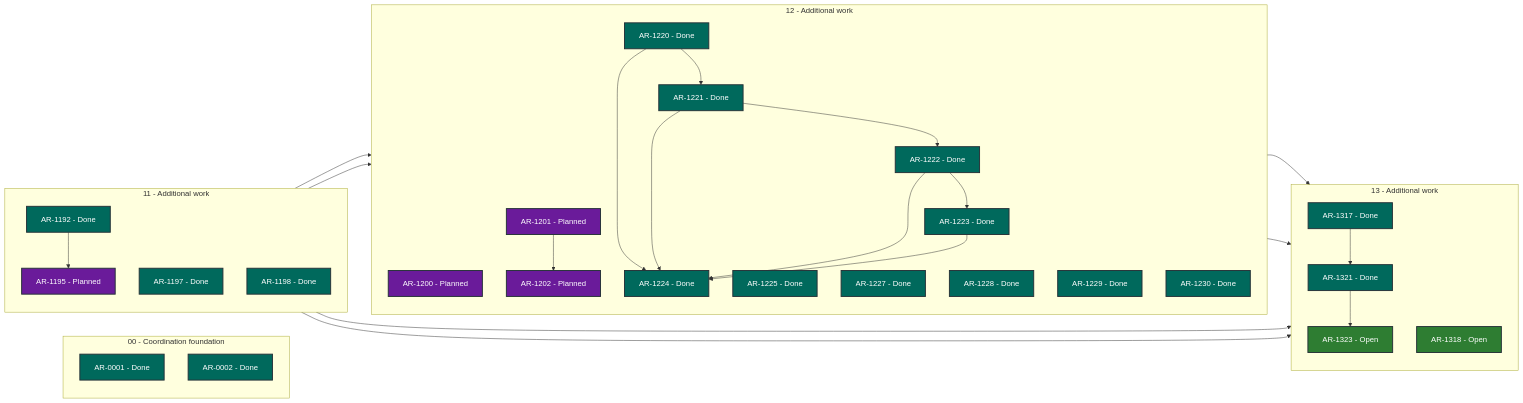
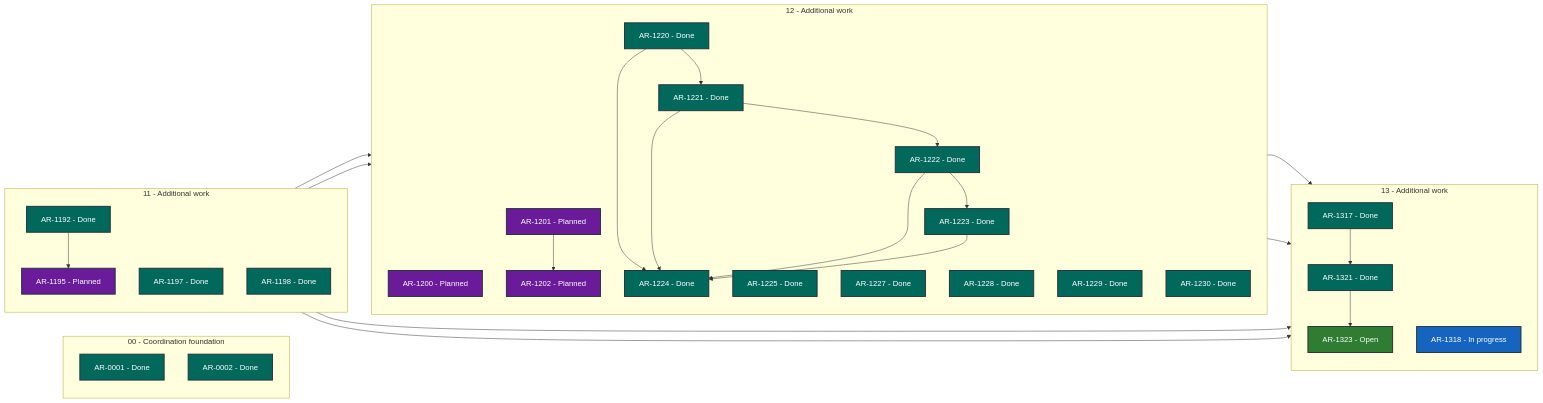
The diagram in STATUS.md (martin-beck/asb-tui-state), drawn with Mermaid before and after one commit. The commit also changed other lines of this file and 2 other files, not shown here.

````diff
--- a/STATUS.md
+++ b/STATUS.md
@@ -27,63 +27,63 @@
 ```mermaid
 flowchart LR
     subgraph series_00["00 - Coordination foundation"]
         direction TB
         AR_0001["AR-0001 - Done"]:::status_done
         AR_0002["AR-0002 - Done"]:::status_done
     end
     subgraph series_11["11 - Additional work"]
         direction TB
         AR_1192["AR-1192 - Done"]:::status_done
         AR_1195["AR-1195 - Planned"]:::status_planned
         AR_1197["AR-1197 - Done"]:::status_done
         AR_1198["AR-1198 - Done"]:::status_done
     end
     subgraph series_12["12 - Additional work"]
         direction TB
         AR_1200["AR-1200 - Planned"]:::status_planned
         AR_1201["AR-1201 - Planned"]:::status_planned
         AR_1202["AR-1202 - Planned"]:::status_planned
         AR_1220["AR-1220 - Done"]:::status_done
         AR_1221["AR-1221 - Done"]:::status_done
         AR_1222["AR-1222 - Done"]:::status_done
         AR_1223["AR-1223 - Done"]:::status_done
         AR_1224["AR-1224 - Done"]:::status_done
         AR_1225["AR-1225 - Done"]:::status_done
         AR_1227["AR-1227 - Done"]:::status_done
         AR_1228["AR-1228 - Done"]:::status_done
         AR_1229["AR-1229 - Done"]:::status_done
         AR_1230["AR-1230 - Done"]:::status_done
     end
     subgraph series_13["13 - Additional work"]
         direction TB
         AR_1317["AR-1317 - Done"]:::status_done
-        AR_1318["AR-1318 - Open"]:::status_open
+        AR_1318["AR-1318 - In progress"]:::status_in_progress
         AR_1321["AR-1321 - Done"]:::status_done
         AR_1323["AR-1323 - Open"]:::status_open
     end
     AR_1192 --> AR_1195
     AR_1192 --> AR_1317
     AR_1195 --> AR_1200
     AR_1197 --> AR_1201
     AR_1197 --> AR_1317
     AR_1201 --> AR_1202
     AR_1220 --> AR_1221
     AR_1220 --> AR_1224
     AR_1221 --> AR_1222
     AR_1221 --> AR_1224
     AR_1222 --> AR_1223
     AR_1222 --> AR_1224
     AR_1223 --> AR_1224
     AR_1228 --> AR_1317
     AR_1229 --> AR_1317
     AR_1317 --> AR_1321
     AR_1321 --> AR_1323
     classDef status_in_progress fill:#1565c0,color:#ffffff,stroke:#263238,stroke-width:2px
     classDef status_open fill:#2e7d32,color:#ffffff,stroke:#263238,stroke-width:2px
     classDef status_blocked fill:#c62828,color:#ffffff,stroke:#263238,stroke-width:2px
     classDef status_planned fill:#6a1b9a,color:#ffffff,stroke:#263238,stroke-width:2px
     classDef status_future fill:#455a64,color:#ffffff,stroke:#263238,stroke-width:2px
     classDef status_done fill:#00695c,color:#ffffff,stroke:#263238,stroke-width:2px
     classDef status_cancelled fill:#616161,color:#ffffff,stroke:#263238,stroke-width:2px
     classDef status_superseded fill:#5d4037,color:#ffffff,stroke:#263238,stroke-width:2px
 ```
````
